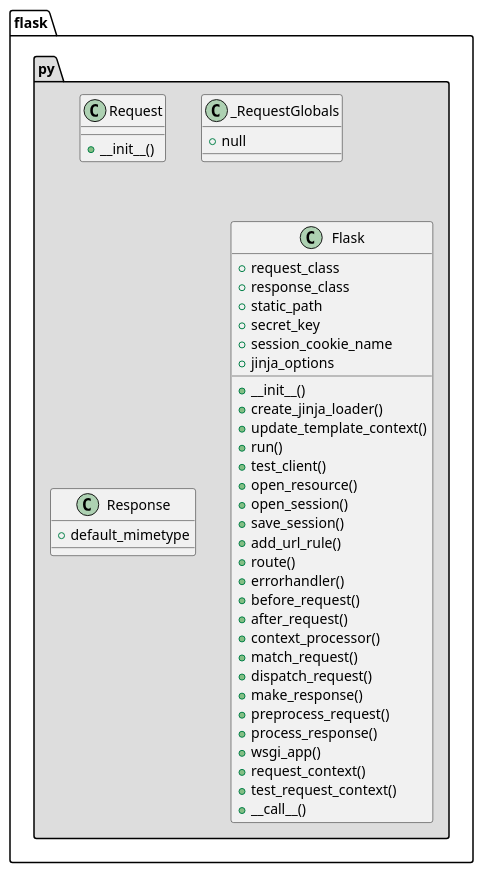
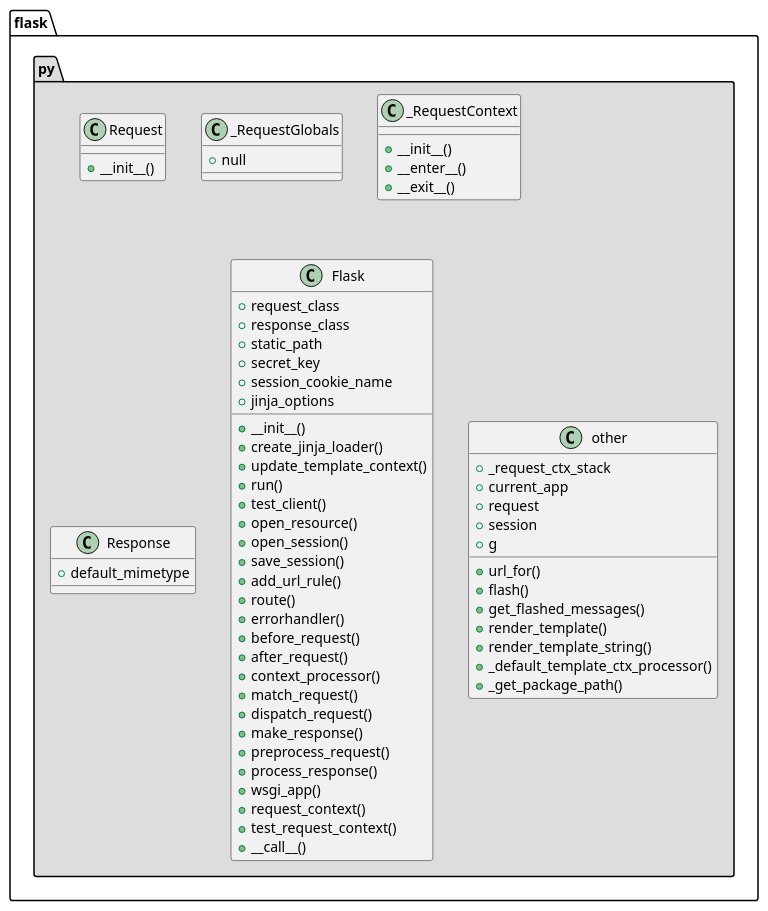
Before and after one commit to iloeng/Learning-Notes: the diagram in Read-Code/flask/flask-0.1/flask-0.1-class.puml, drawn with PlantUML.

Commit message:
docs: complete flask 0.1 uml

```diff
--- a/Read-Code/flask/flask-0.1/flask-0.1-class.puml
+++ b/Read-Code/flask/flask-0.1/flask-0.1-class.puml
@@ -1,54 +1,75 @@
 @startuml Flask 0.1
 
 ' https://www.planttext.com/
 
-' https://www.planttext.com/
 package "flask.py" #DDDDDD {
 
     class Request {
-        +__init__()
+        + __init__()
     }
 
     class _RequestGlobals{
-        +null
+        + null
+    }
+
+    class _RequestContext{
+        + __init__()
+        + __enter__()
+        + __exit__()
     }
 
     class Response {
-        +default_mimetype
+        + default_mimetype
     }
 
     class Flask {
-        +request_class
-        +response_class
-        +static_path
-        +secret_key
-        +session_cookie_name
-        +jinja_options
-        +__init__()
-        +create_jinja_loader()
-        +update_template_context()
-        +run()
-        +test_client()
-        +open_resource()
-        +open_session()
-        +save_session()
-        +add_url_rule()
-        +route()
-        +errorhandler()
-        +before_request()
-        +after_request()
-        +context_processor()
-        +match_request()
-        +dispatch_request()
-        +make_response()
-        +preprocess_request()
-        +process_response()
-        +wsgi_app()
-        +request_context()
-        +test_request_context()
-        +__call__()
+        + request_class
+        + response_class
+        + static_path
+        + secret_key
+        + session_cookie_name
+        + jinja_options
+        + __init__()
+        + create_jinja_loader()
+        + update_template_context()
+        + run()
+        + test_client()
+        + open_resource()
+        + open_session()
+        + save_session()
+        + add_url_rule()
+        + route()
+        + errorhandler()
+        + before_request()
+        + after_request()
+        + context_processor()
+        + match_request()
+        + dispatch_request()
+        + make_response()
+        + preprocess_request()
+        + process_response()
+        + wsgi_app()
+        + request_context()
+        + test_request_context()
+        + __call__()
+    }
+
+    class other{
+        ' 为了画出来全局函数， 把它们放在 other 里面
+        + _request_ctx_stack
+        + current_app
+        + request
+        + session
+        + g
+        + url_for()
+        + flash()
+        + get_flashed_messages()
+        + render_template()
+        + render_template_string()
+        + _default_template_ctx_processor()
+        + _get_package_path()
     }
 }
 
 
 @enduml
```
